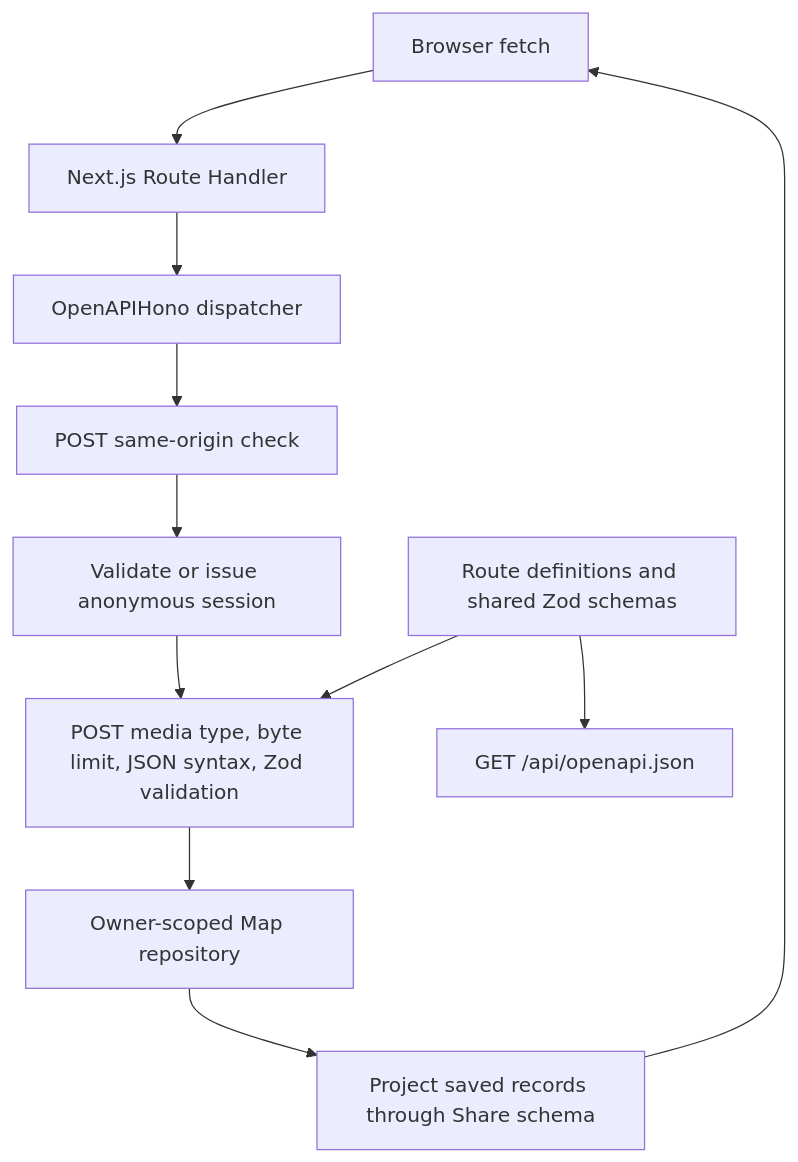
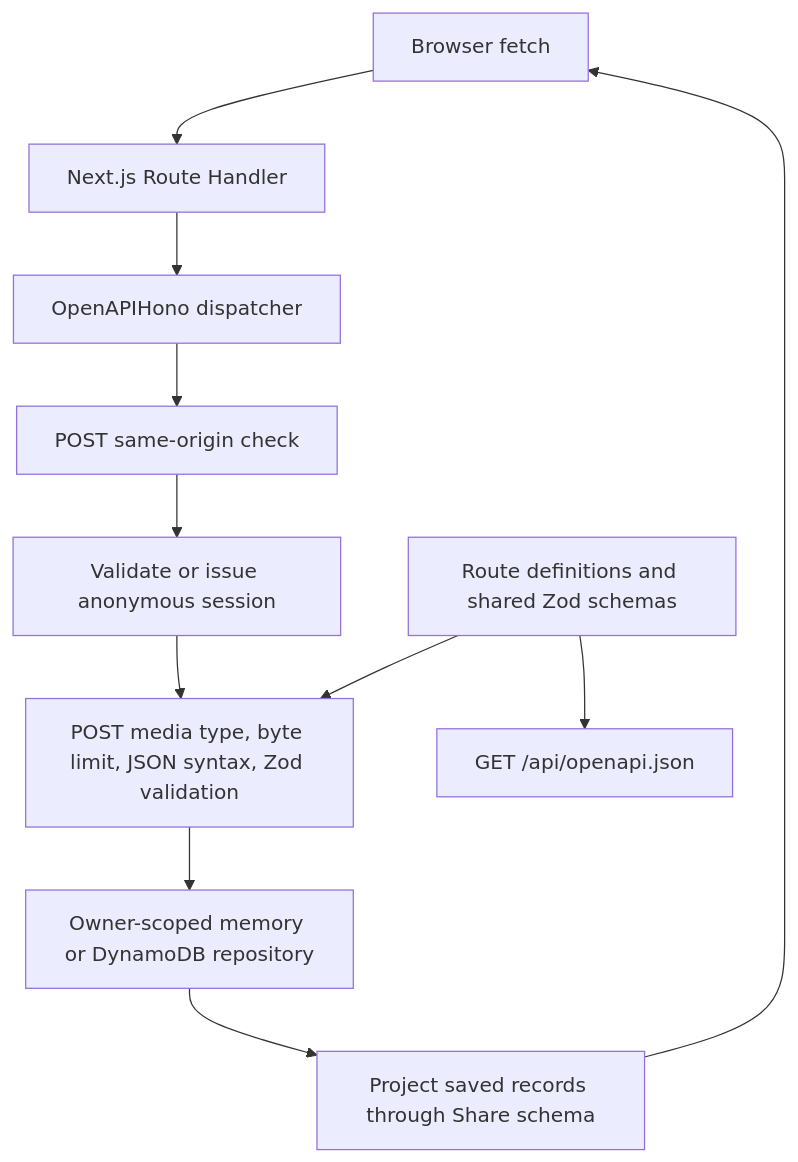
One commit to drewmalone/jft-app changed the first of 2 diagrams in docs/ARCHITECTURE.md. Above: the diagram before and after it, drawn with Mermaid. The commit also changed other lines of this file and 61 other files, not shown here.

````diff
--- a/docs/ARCHITECTURE.md
+++ b/docs/ARCHITECTURE.md
@@ -26,13 +32,13 @@
 ```mermaid
 flowchart TD
   Browser[Browser fetch] --> Next[Next.js Route Handler]
   Next --> App[OpenAPIHono dispatcher]
   App --> Origin[POST same-origin check]
   Origin --> Session[Validate or issue anonymous session]
   Session --> Input[POST media type, byte limit, JSON syntax, Zod validation]
-  Input --> Repository[Owner-scoped Map repository]
+  Input --> Repository[Owner-scoped memory or DynamoDB repository]
   Repository --> Output[Project saved records through Share schema]
   Output --> Browser
   Contract[Route definitions and shared Zod schemas] --> Input
   Contract --> Document[GET /api/openapi.json]
 ```
````
